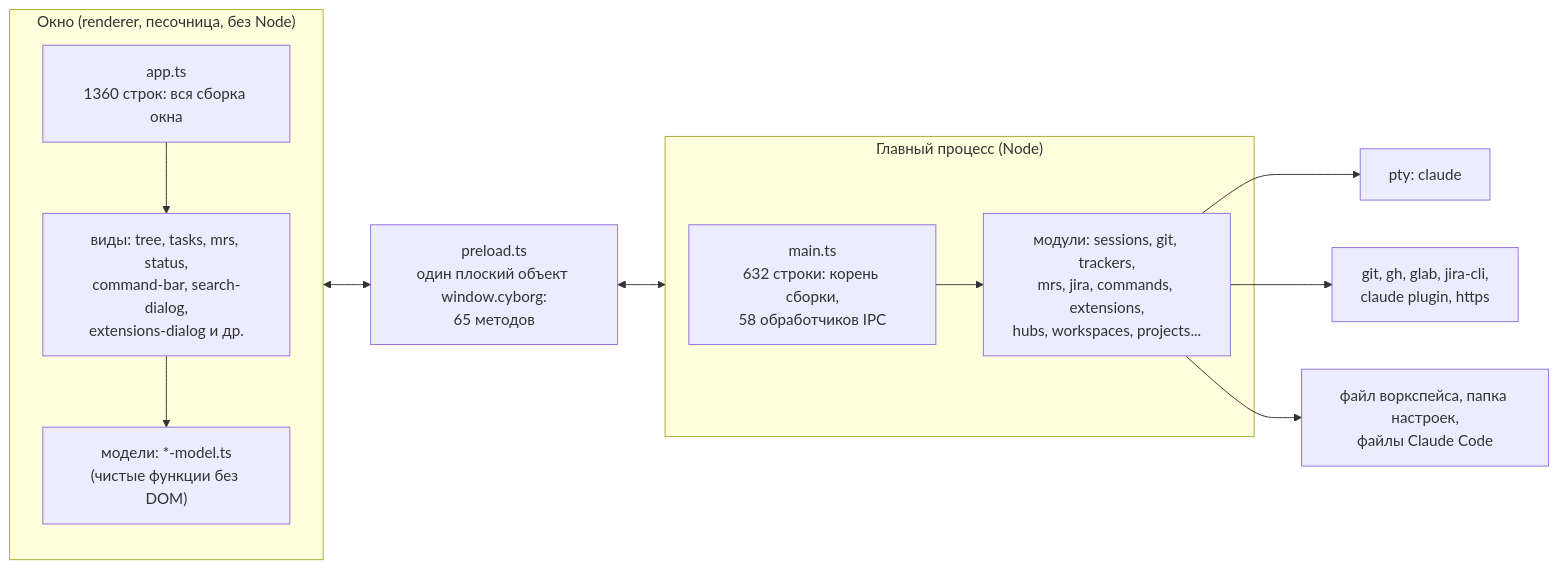
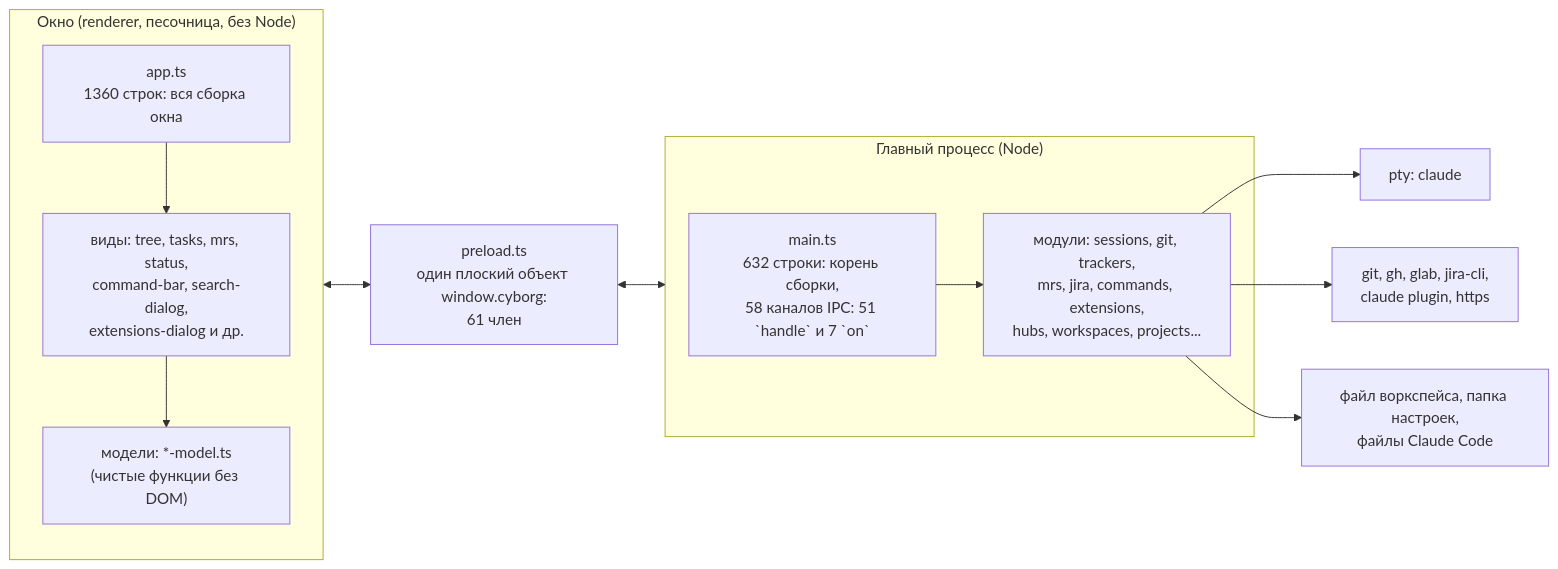
One commit to dex-it/cyborg-harness changed the diagram in docs/research/cyborg-today.md. Above: the diagram before and after it, drawn with Mermaid. The commit also changed other lines of this file and 56 other files, not shown here.

````diff
--- a/docs/research/cyborg-today.md
+++ b/docs/research/cyborg-today.md
@@ -25,19 +25,19 @@
 ```mermaid
 flowchart LR
   subgraph win["Окно (renderer, песочница, без Node)"]
     APP["app.ts<br/>1360 строк: вся сборка окна"]
     VIEWS["виды: tree, tasks, mrs, status,<br/>command-bar, search-dialog,<br/>extensions-dialog и др."]
     MODELS["модели: *-model.ts<br/>(чистые функции без DOM)"]
     APP --> VIEWS --> MODELS
   end
-  PRE["preload.ts<br/>один плоский объект window.cyborg:<br/>65 методов"]
+  PRE["preload.ts<br/>один плоский объект window.cyborg:<br/>61 член"]
   subgraph main["Главный процесс (Node)"]
-    MAIN["main.ts<br/>632 строки: корень сборки,<br/>58 обработчиков IPC"]
+    MAIN["main.ts<br/>632 строки: корень сборки,<br/>58 каналов IPC: 51 `handle` и 7 `on`"]
     MODS["модули: sessions, git, trackers,<br/>mrs, jira, commands, extensions,<br/>hubs, workspaces, projects..."]
     MAIN --> MODS
   end
   win <--> PRE <--> main
   MODS --> PTY["pty: claude"]
   MODS --> EXT["git, gh, glab, jira-cli,<br/>claude plugin, https"]
   MODS --> FILES["файл воркспейса, папка настроек,<br/>файлы Claude Code"]
 ```
````
